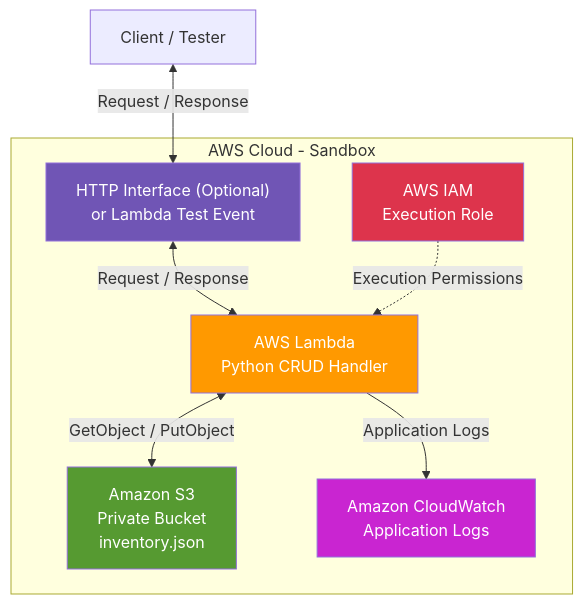
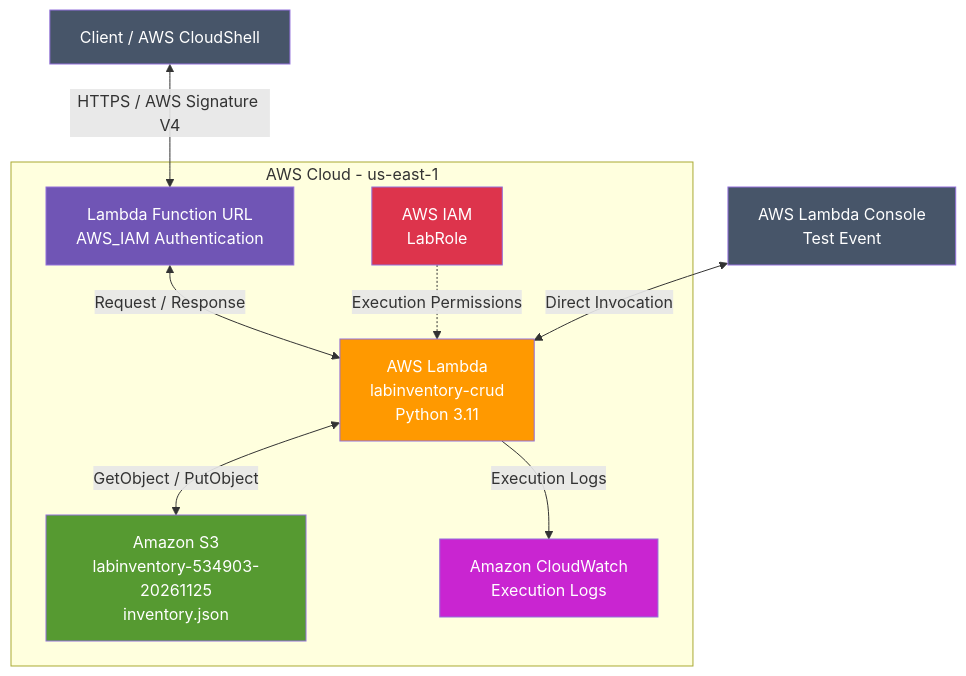
The diagram in docs/architecture.md (aurelia-mutiah/labinventory-cloud), drawn with Mermaid before and after one commit. The commit also changed other lines of this file and 5 other files, not shown here.

Commit message:
docs: finalize AWS architecture, deployment and testing evidence

````diff
--- a/docs/architecture.md
+++ b/docs/architecture.md
@@ -18,25 +23,29 @@
 ```mermaid
 flowchart TD
-    Client["Client / Tester"]
+    Client["Client / AWS CloudShell"]
+    Tester["AWS Lambda Console<br/>Test Event"]
 
-    subgraph AWS["AWS Cloud - Sandbox"]
-        Access["HTTP Interface (Optional)<br/>or Lambda Test Event"]
-        Lambda["AWS Lambda<br/>Python CRUD Handler"]
-        S3["Amazon S3<br/>Private Bucket<br/>inventory.json"]
-        IAM["AWS IAM<br/>Execution Role"]
-        CW["Amazon CloudWatch<br/>Application Logs"]
+    subgraph AWS["AWS Cloud - us-east-1"]
+        URL["Lambda Function URL<br/>AWS_IAM Authentication"]
+        Lambda["AWS Lambda<br/>labinventory-crud<br/>Python 3.11"]
+        S3["Amazon S3<br/>labinventory-534903-20261125<br/>inventory.json"]
+        IAM["AWS IAM<br/>LabRole"]
+        CW["Amazon CloudWatch<br/>Execution Logs"]
 
-        Access <-->|Request / Response| Lambda
+        URL <-->|Request / Response| Lambda
         Lambda <-->|GetObject / PutObject| S3
         IAM -.->|Execution Permissions| Lambda
-        Lambda -->|Application Logs| CW
+        Lambda -->|Execution Logs| CW
     end
 
-    Client <-->|Request / Response| Access
+    Client <-->|HTTPS / AWS Signature V4| URL
+    Tester <-->|Direct Invocation| Lambda
 
+    style Client fill:#475569,color:#ffffff
+    style Tester fill:#475569,color:#ffffff
+    style URL fill:#7055B5,color:#ffffff
     style Lambda fill:#FF9900,color:#ffffff
     style S3 fill:#569A31,color:#ffffff
     style IAM fill:#DD344C,color:#ffffff
     style CW fill:#C925D1,color:#ffffff
-    style Access fill:#7055B5,color:#ffffff
 ```
````
